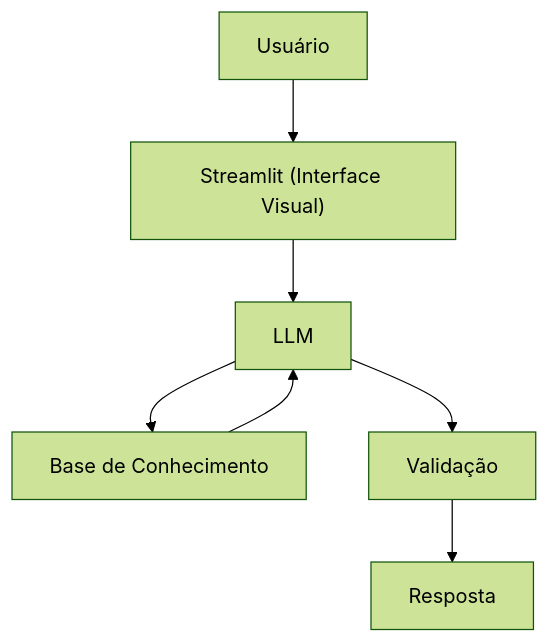
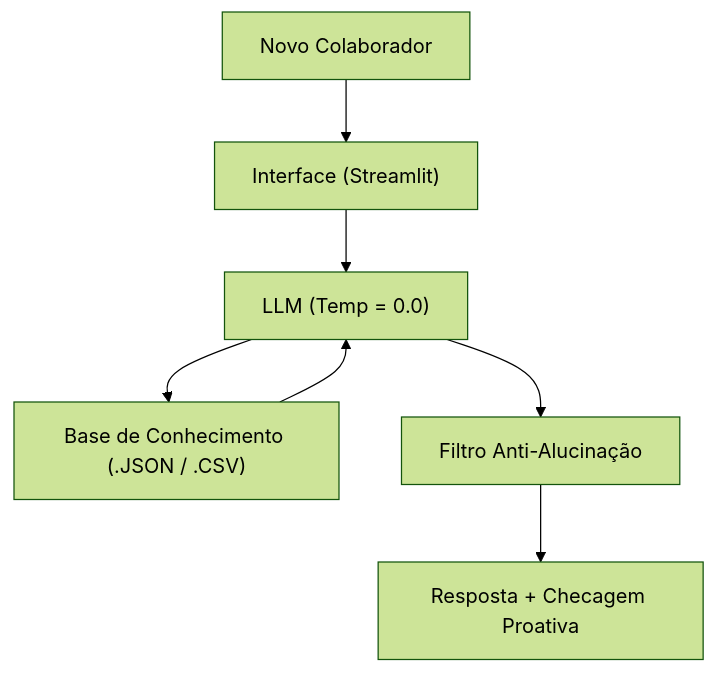
The diagram in docs/01-documentacao-agente.md (eng-alexandrefranca/dio-lab-bia-do-futuro), drawn with Mermaid (forest theme) before and after one commit. The commit also changed other lines of this file, not shown here.

````diff
--- a/docs/01-documentacao-agente.md
+++ b/docs/01-documentacao-agente.md
@@ -58,9 +60,10 @@
 ```mermaid
 flowchart TD
-    A[Usuário] --> B["Streamlit (Interface Visual)"]
-    B --> C[LLM]
-    C --> D[Base de Conhecimento]
+    A[Novo Colaborador] --> B["Interface (Streamlit)"]
+    B --> C["LLM (Temp = 0.0)"]
+    C --> D["Base de Conhecimento (.JSON / .CSV)"]
     D --> C
-    C --> E[Validação]
-    E --> F[Resposta]
+    C --> E["Filtro Anti-Alucinação"]
+    E --> F["Resposta + Checagem Proativa"]
+
 ```
````
